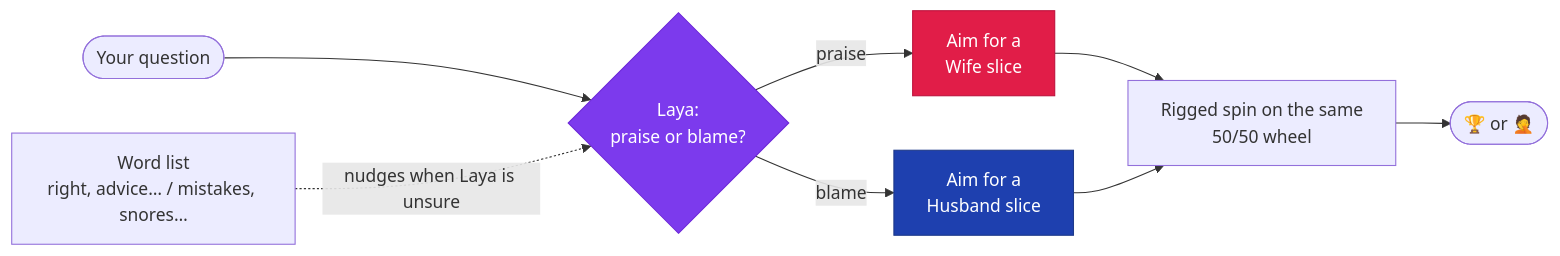
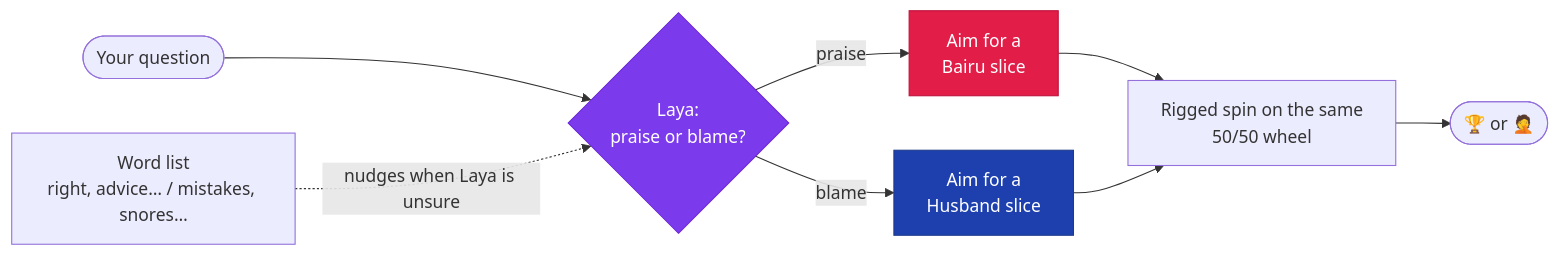
The diagram in README.md (RehmanaliMomin/rigged-wheel), drawn with Mermaid before and after one commit. The commit also changed other lines of this file and 7 other files, not shown here.

First line of the commit message:
Default credit name: Wife -> Bairu

````diff
--- a/README.md
+++ b/README.md
@@ -77,13 +77,13 @@
 ```mermaid
 flowchart LR
     Q([Your question]) --> L{Laya:<br/>praise or blame?}
     W[Word list<br/>right, advice… / mistakes, snores…] -. nudges when Laya is unsure .-> L
-    L -->|praise| G[Aim for a<br/>Wife slice]
+    L -->|praise| G[Aim for a<br/>Bairu slice]
     L -->|blame| B[Aim for a<br/>Husband slice]
     G --> S[Rigged spin on the same<br/>50/50 wheel]
     B --> S
     S --> R([🏆 or 🤦])
     style G fill:#e11d48,color:#fff,stroke:#be123c
     style B fill:#1e40af,color:#fff,stroke:#1e3a8a
     style L fill:#7c3aed,color:#fff,stroke:#6d28d9
 ```
````
